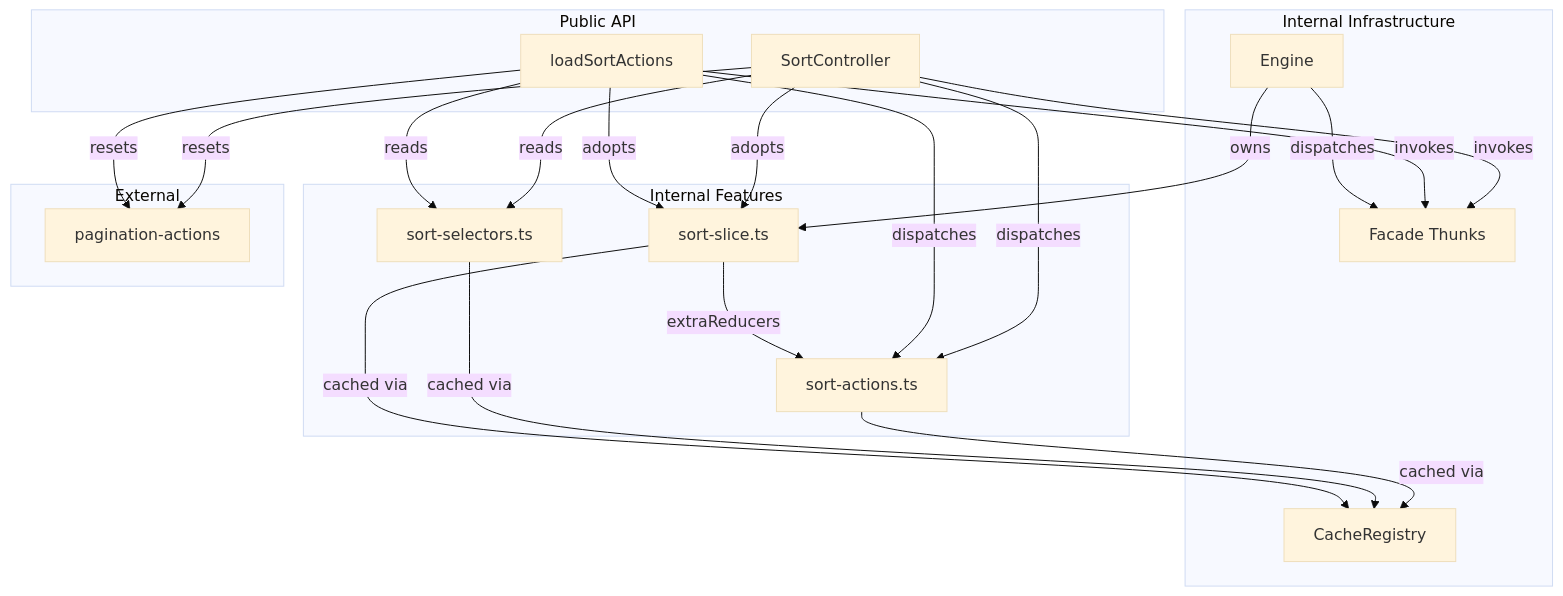
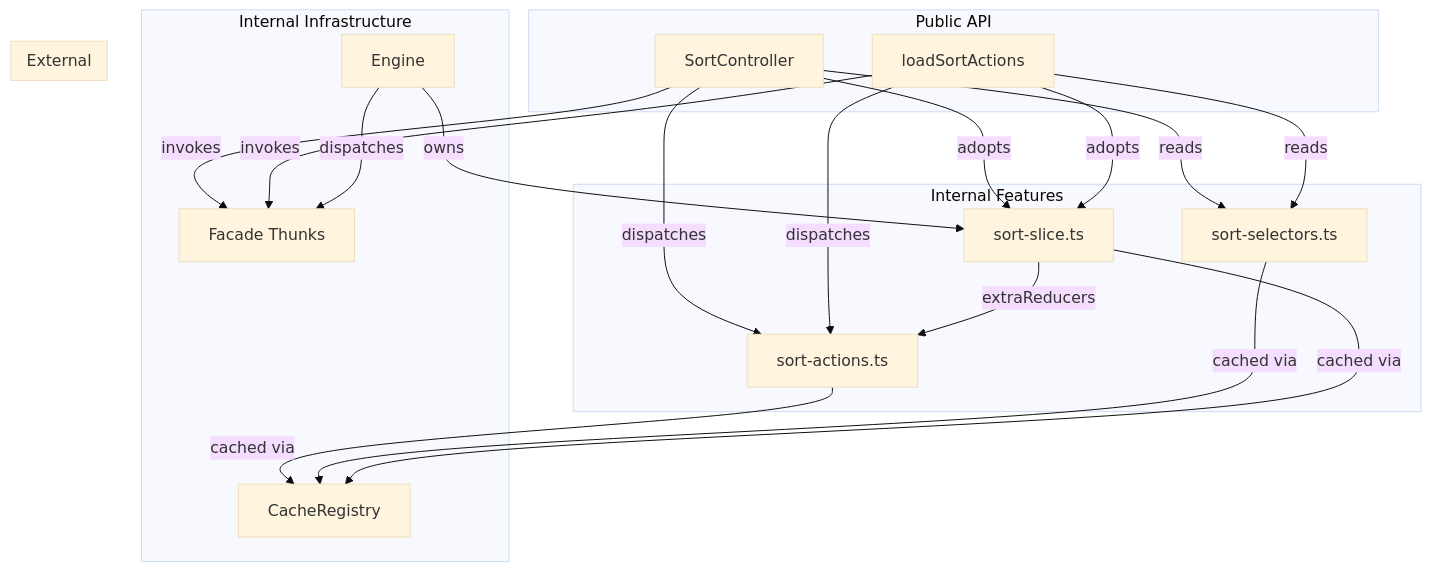
The first of 2 diagrams in .kiro/specs/sort-controller/design.md (coveo/ui-kit), drawn with Mermaid (base theme) before and after one commit. The commit also changed other lines of this file and 1 other file, not shown here.

````diff
--- a/.kiro/specs/sort-controller/design.md
+++ b/.kiro/specs/sort-controller/design.md
@@ -15,43 +15,40 @@
 ```mermaid
 graph TD
     subgraph Public API
         SC[SortController]
         SA[loadSortActions]
     end
 
     subgraph Internal Features
         SLICE[sort-slice.ts]
         ACTIONS[sort-actions.ts]
         SELECTORS[sort-selectors.ts]
     end
 
     subgraph Internal Infrastructure
         ENGINE[Engine]
         CACHE[CacheRegistry]
         FACADES[Facade Thunks]
     end
 
     subgraph External
-        PAGINATION[pagination-actions]
     end
 
     SC -->|adopts| SLICE
     SC -->|reads| SELECTORS
     SC -->|dispatches| ACTIONS
-    SC -->|resets| PAGINATION
     SC -->|invokes| FACADES
 
     SA -->|adopts| SLICE
     SA -->|reads| SELECTORS
     SA -->|dispatches| ACTIONS
-    SA -->|resets| PAGINATION
     SA -->|invokes| FACADES
 
     SLICE -->|extraReducers| ACTIONS
     ACTIONS -->|cached via| CACHE
     SELECTORS -->|cached via| CACHE
     SLICE -->|cached via| CACHE
 
     ENGINE -->|owns| SLICE
     ENGINE -->|dispatches| FACADES
 ```
````
